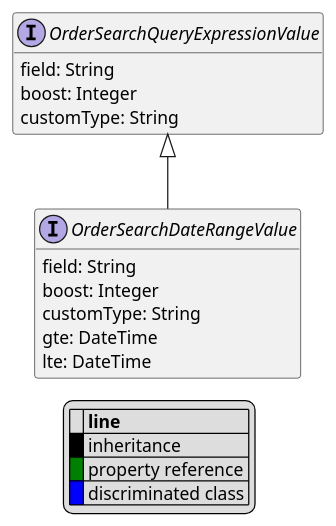
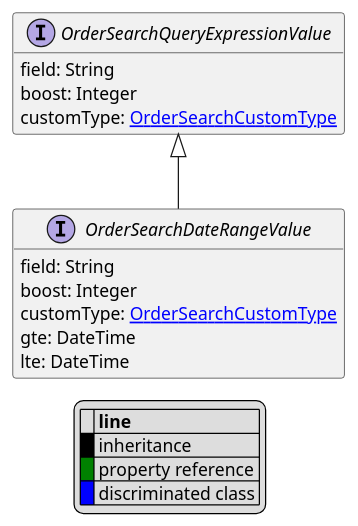
Before and after one commit to commercetools/commercetools-api-reference: the diagram in uml/api/OrderSearchDateRangeValue.puml, drawn with PlantUML. The commit also changed 16 other files, not shown here.

```diff
--- a/uml/api/OrderSearchDateRangeValue.puml
+++ b/uml/api/OrderSearchDateRangeValue.puml
@@ -1,28 +1,28 @@
 @startuml
 
 hide empty fields
 hide empty methods
 legend
 |= |= line |
 |<back:black>   </back>| inheritance |
 |<back:green>   </back>| property reference |
 |<back:blue>   </back>| discriminated class |
 endlegend
 interface OrderSearchDateRangeValue [[OrderSearchDateRangeValue.svg]] extends OrderSearchQueryExpressionValue {
     field: String
     boost: Integer
-    customType: String
+    customType: [[OrderSearchCustomType.svg OrderSearchCustomType]]
     gte: DateTime
     lte: DateTime
 }
 interface OrderSearchQueryExpressionValue [[OrderSearchQueryExpressionValue.svg]]  {
     field: String
     boost: Integer
-    customType: String
+    customType: [[OrderSearchCustomType.svg OrderSearchCustomType]]
 }
 
 
 
 
 
 @enduml
```
